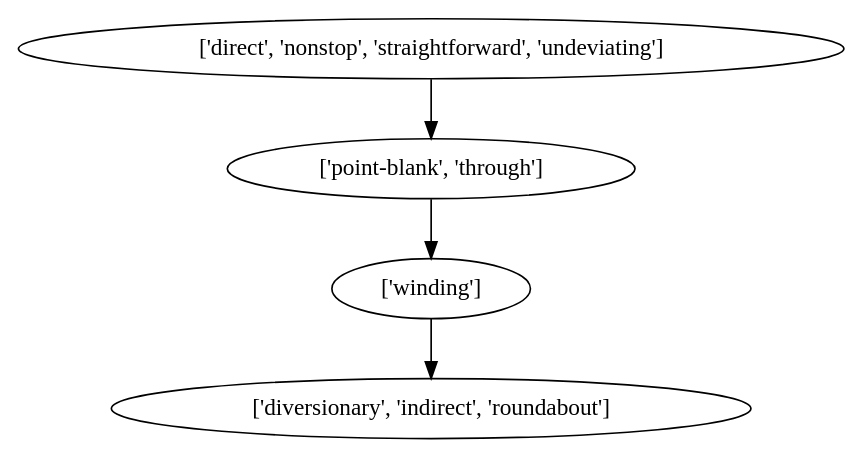
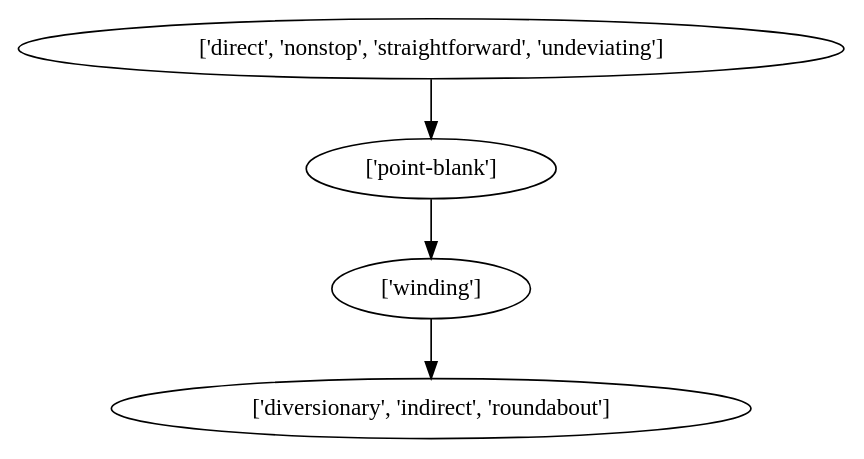
The diagram in graphs_with_eqs/dots/directness.dot (bleonar5/mechanical_turk), drawn with Graphviz before and after one commit. The commit also changed 99 other files, not shown here.

```diff
--- a/graphs_with_eqs/dots/directness.dot
+++ b/graphs_with_eqs/dots/directness.dot
@@ -1,5 +1,5 @@
 strict digraph  {
-	"['direct', 'nonstop', 'straightforward', 'undeviating']" -> "['point-blank', 'through']";
-	"['point-blank', 'through']" -> "['winding']";
+	"['direct', 'nonstop', 'straightforward', 'undeviating']" -> "['point-blank']";
+	"['point-blank']" -> "['winding']";
 	"['winding']" -> "['diversionary', 'indirect', 'roundabout']";
 }
```
